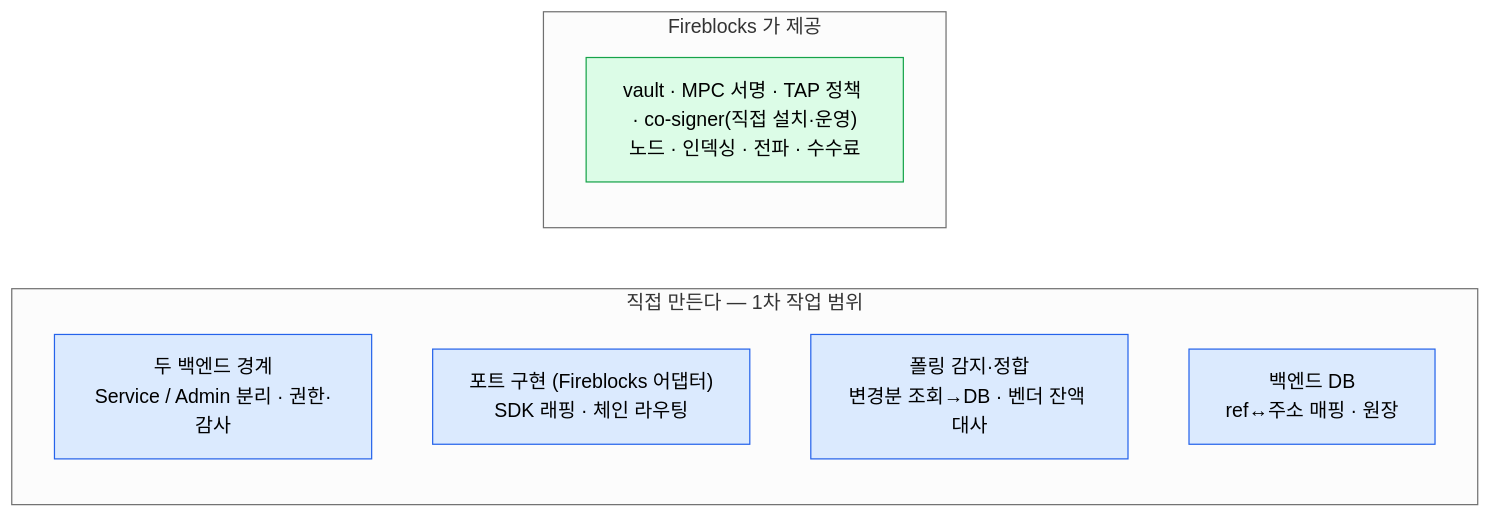
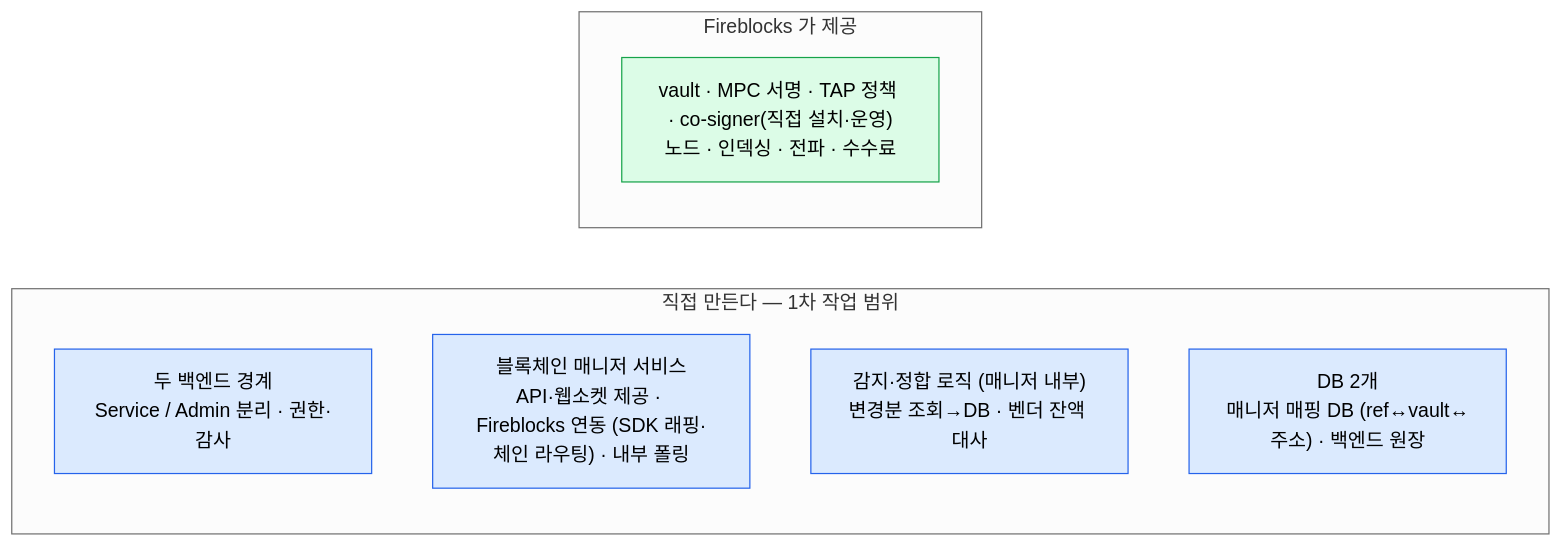
The third of 3 diagrams in blockchain-manager/docs/설계/00-cast.md (eunsujeo/eunpus), drawn with Mermaid (neutral theme) before and after one commit. The commit also changed other lines of this file and 10 other files, not shown here.

First line of the commit message:
칸반 문서: 아키텍처 경계 전면 전환 — 포트/어댑터 → 매니저 API + 웹소켓

````diff
--- a/blockchain-manager/docs/설계/00-cast.md
+++ b/blockchain-manager/docs/설계/00-cast.md
@@ -81,18 +85,18 @@
 ```mermaid
 flowchart LR
     subgraph MINE["직접 만든다 — 1차 작업 범위"]
       direction TB
       M1["두 백엔드 경계<br/>Service / Admin 분리 · 권한·감사"]
-      M2["포트 구현 (Fireblocks 어댑터)<br/>SDK 래핑 · 체인 라우팅"]
-      M3["폴링 감지·정합<br/>변경분 조회→DB · 벤더 잔액 대사"]
-      M4["백엔드 DB<br/>ref↔주소 매핑 · 원장"]
+      M2["블록체인 매니저 서비스<br/>API·웹소켓 제공 · Fireblocks 연동 (SDK 래핑·체인 라우팅) · 내부 폴링"]
+      M3["감지·정합 로직 (매니저 내부)<br/>변경분 조회→DB · 벤더 잔액 대사"]
+      M4["DB 2개<br/>매니저 매핑 DB (ref↔vault↔주소) · 백엔드 원장"]
     end
     subgraph VENDOR["Fireblocks 가 제공"]
       direction TB
       V1["vault · MPC 서명 · TAP 정책 · co-signer(직접 설치·운영)<br/>노드 · 인덱싱 · 전파 · 수수료"]
     end
 
     classDef mine fill:#dbeafe,stroke:#2563eb;
     classDef vendor fill:#dcfce7,stroke:#16a34a;
     class M1,M2,M3,M4 mine; class V1 vendor;
 ```
````
